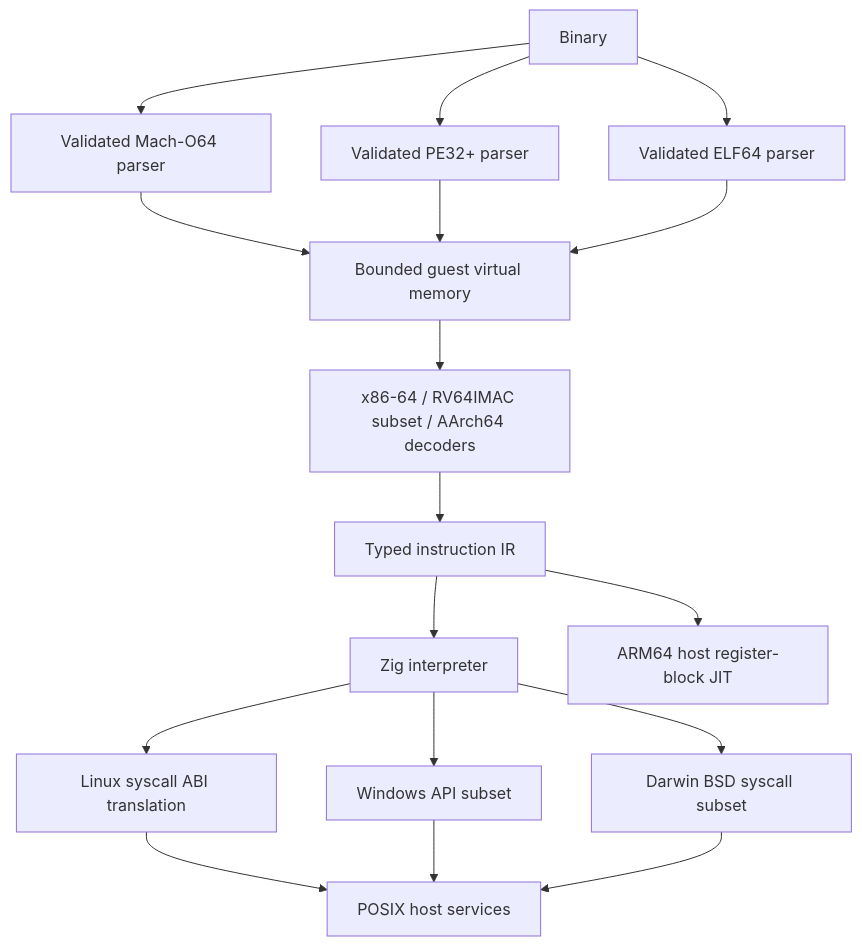
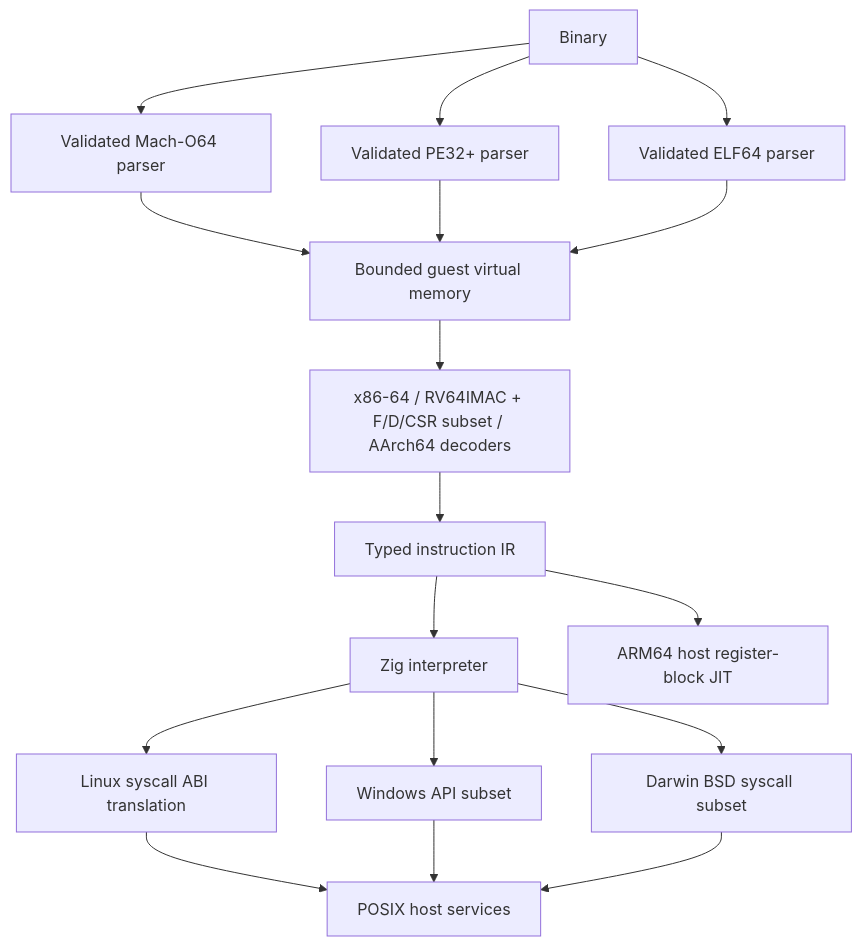
One commit to OthmaneBlial/universe changed the diagram in docs/architecture.md. Above: the diagram before and after it, drawn with Mermaid. The commit also changed other lines of this file and 17 other files, not shown here.

Commit message:
Add a RISC-V F/D transfer and CSR subset

````diff
--- a/docs/architecture.md
+++ b/docs/architecture.md
@@ -6,19 +6,19 @@
 ```mermaid
 flowchart TD
     Binary --> ELF[Validated ELF64 parser]
     Binary --> PE[Validated PE32+ parser]
     Binary --> MachO[Validated Mach-O64 parser]
     MachO --> Memory
     PE --> Memory
     ELF --> Memory[Bounded guest virtual memory]
-    Memory --> Decode[x86-64 / RV64IMAC subset / AArch64 decoders]
+    Memory --> Decode[x86-64 / RV64IMAC + F/D/CSR subset / AArch64 decoders]
     Decode --> UIR[Typed instruction IR]
     UIR --> Interpreter[Zig interpreter]
     UIR --> JIT[ARM64 host register-block JIT]
     Interpreter --> Linux[Linux syscall ABI translation]
     Linux --> Host[POSIX host services]
     Interpreter --> Windows[Windows API subset]
     Windows --> Host
     Interpreter --> Darwin[Darwin BSD syscall subset]
     Darwin --> Host
 ```
````
